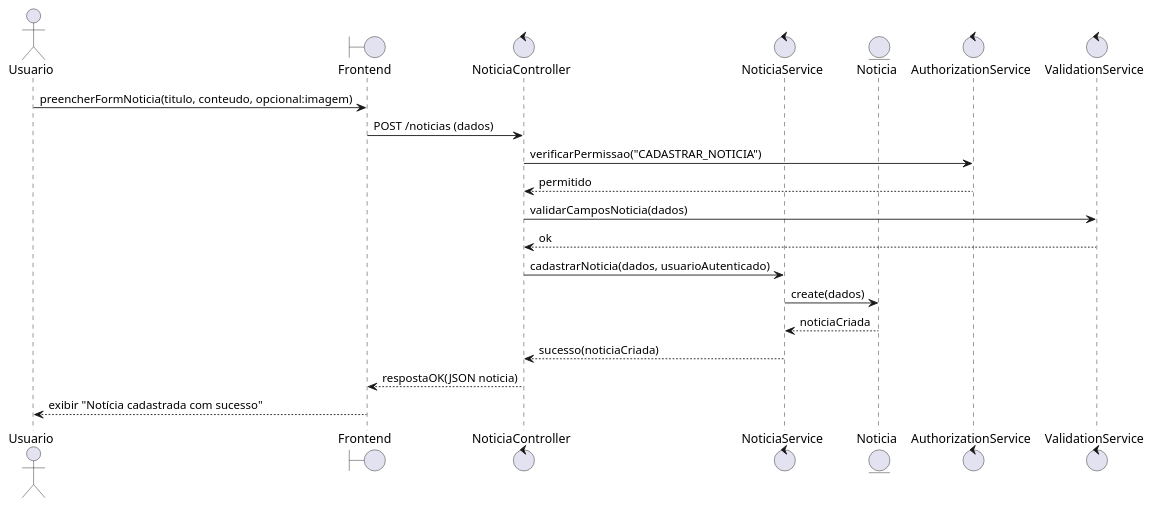
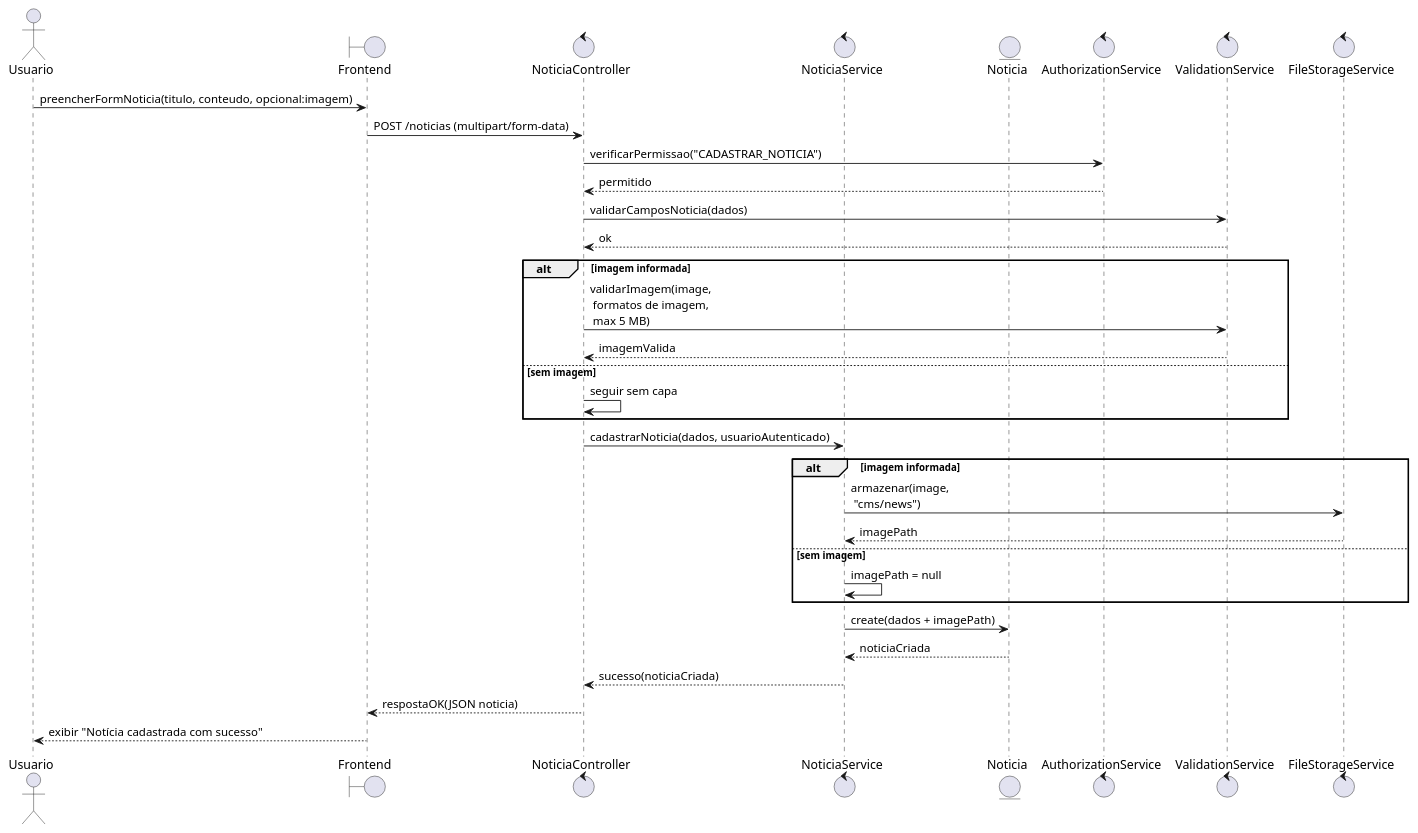
Before and after one commit to ICEI-PUC-Minas-PPLES-TI/plf-es-2025-2-tcci-0393100-dev-bernardo-biondini: the diagram in Artefatos/Sequencia/cad_not.puml, drawn with PlantUML. The commit also changed 96 other files, not shown here.

Commit message:
Remoção de casos de uso e diagramas desnecessários e adaptações dos diagramas ao contexo atual do projeto

```diff
--- a/Artefatos/Sequencia/cad_not.puml
+++ b/Artefatos/Sequencia/cad_not.puml
@@ -1,29 +1,44 @@
 @startuml
 actor Usuario
 
 boundary Frontend as FE
 control NoticiaController as C
 control NoticiaService as S
 entity Noticia as M
 control AuthorizationService as AuthZ
 control ValidationService as Val
+control FileStorageService as FS
 
 Usuario -> FE : preencherFormNoticia(titulo, conteudo, opcional:imagem)
-FE -> C : POST /noticias (dados)
+FE -> C : POST /noticias (multipart/form-data)
 
 C -> AuthZ : verificarPermissao("CADASTRAR_NOTICIA")
 AuthZ --> C : permitido
 
 C -> Val : validarCamposNoticia(dados)
 Val --> C : ok
 
+alt imagem informada
+    C -> Val : validarImagem(image,\n formatos de imagem,\n max 5 MB)
+    Val --> C : imagemValida
+else sem imagem
+    C -> C : seguir sem capa
+end
+
 C -> S : cadastrarNoticia(dados, usuarioAutenticado)
 
-S -> M : create(dados)
+alt imagem informada
+    S -> FS : armazenar(image,\n "cms/news")
+    FS --> S : imagePath
+else sem imagem
+    S -> S : imagePath = null
+end
+
+S -> M : create(dados + imagePath)
 M --> S : noticiaCriada
 
 S --> C : sucesso(noticiaCriada)
 C --> FE : respostaOK(JSON noticia)
 FE --> Usuario : exibir "Notícia cadastrada com sucesso"
 
 @enduml
```
